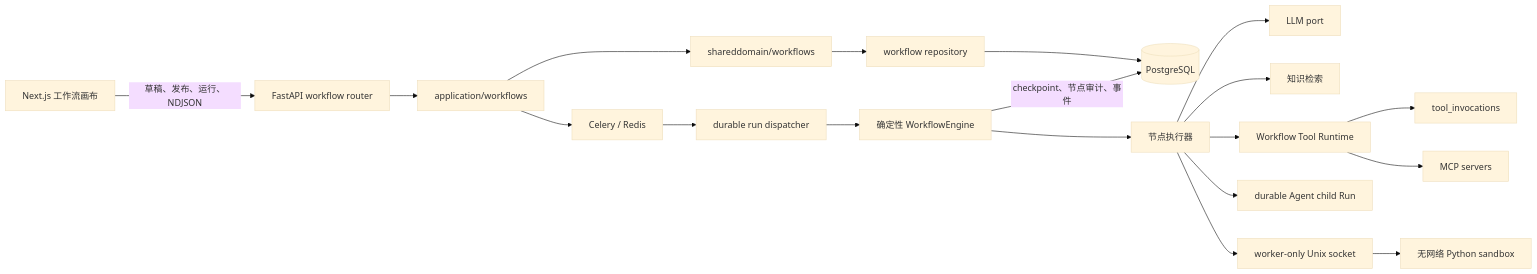
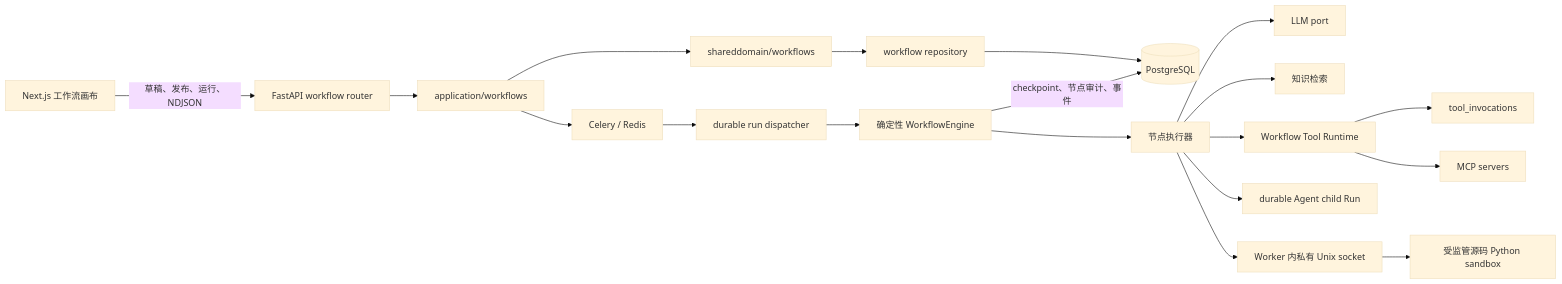
Before and after one commit to IQZZ020501/NexaFlow: the first of 3 diagrams in docs/WORKFLOW_DESIGN.md, drawn with Mermaid (base theme). The commit also changed other lines of this file and 41 other files, not shown here.

````diff
--- a/docs/WORKFLOW_DESIGN.md
+++ b/docs/WORKFLOW_DESIGN.md
@@ -37,22 +37,22 @@
 ```mermaid
 flowchart LR
     UI["Next.js 工作流画布"] -->|"草稿、发布、运行、NDJSON"| API["FastAPI workflow router"]
     API --> APP["application/workflows"]
     APP --> DOMAIN["shareddomain/workflows"]
     DOMAIN --> REPO["workflow repository"]
     REPO --> PG[("PostgreSQL")]
 
     APP --> QUEUE["Celery / Redis"]
     QUEUE --> DISPATCH["durable run dispatcher"]
     DISPATCH --> ENGINE["确定性 WorkflowEngine"]
     ENGINE --> NODES["节点执行器"]
     NODES --> LLM["LLM port"]
     NODES --> KB["知识检索"]
     NODES --> TOOL["Workflow Tool Runtime"]
     TOOL --> LEDGER["tool_invocations"]
     TOOL --> MCP["MCP servers"]
     NODES --> CHILD["durable Agent child Run"]
-    NODES --> SOCKET["worker-only Unix socket"]
-    SOCKET --> SANDBOX["无网络 Python sandbox"]
+    NODES --> SOCKET["Worker 内私有 Unix socket"]
+    SOCKET --> SANDBOX["受监管源码 Python sandbox"]
     ENGINE -->|"checkpoint、节点审计、事件"| PG
 ```
````
